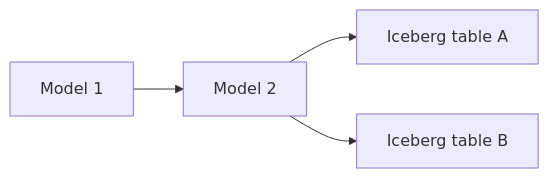
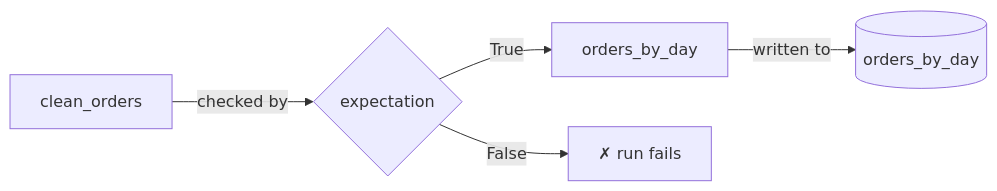
Before and after one commit to BauplanLabs/bauplan: the third of 3 diagrams in docs/pages/concepts/pipelines.mdx, drawn with Mermaid. The commit also changed other lines of this file and 20 other files, not shown here.

````diff
--- a/docs/pages/concepts/pipelines.mdx
+++ b/docs/pages/concepts/pipelines.mdx
@@ -64,6 +119,6 @@
 ```mermaid
 flowchart LR
-    M1["Model 1"] --> M2["Model 2"]
-    M2 --> A["Iceberg table A"]:::external
-    M2 --> B["Iceberg table B"]:::external
+  M1["clean_orders"] -- checked by --> E{"expectation"}
+  E -- True --> M2["orders_by_day"] -- written to --> O[("orders_by_day")]
+  E -- False --> F["✗ run fails"]:::danger
 ```
````
